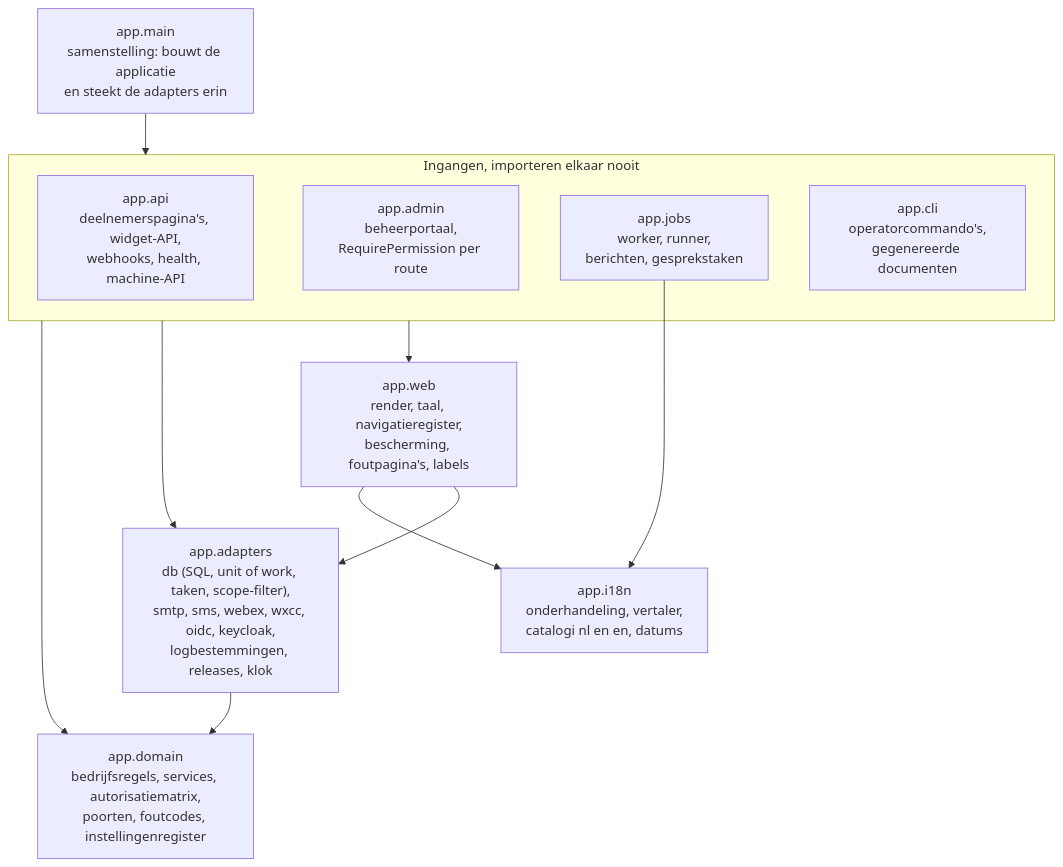
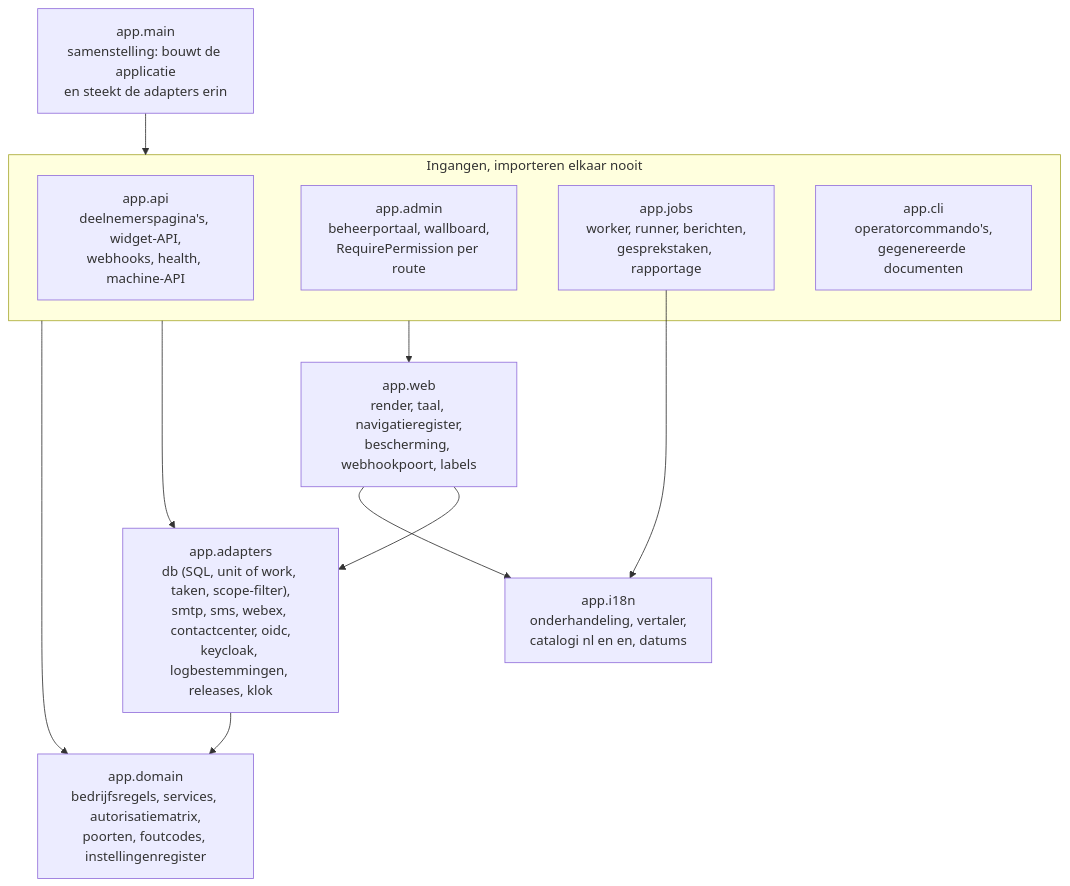
The third of 9 diagrams in docs/applicatie-architectuur.md (3Corners-Labs/OpenPlanner), drawn with Mermaid before and after one commit. The commit also changed other lines of this file, not shown here.

First line of the commit message:
docs: application architecture concept 2, with every flow and the hosting impact

````diff
--- a/docs/applicatie-architectuur.md
+++ b/docs/applicatie-architectuur.md
@@ -487,25 +586,25 @@
 ```mermaid
 flowchart TB
     main["app.main<br/>samenstelling: bouwt de applicatie<br/>en steekt de adapters erin"]
 
     subgraph ingangen [Ingangen, importeren elkaar nooit]
         api["app.api<br/>deelnemerspagina's, widget-API,<br/>webhooks, health, machine-API"]
-        admin["app.admin<br/>beheerportaal,<br/>RequirePermission per route"]
-        jobs["app.jobs<br/>worker, runner,<br/>berichten, gesprekstaken"]
+        admin["app.admin<br/>beheerportaal, wallboard,<br/>RequirePermission per route"]
+        jobs["app.jobs<br/>worker, runner, berichten,<br/>gesprekstaken, rapportage"]
         cli["app.cli<br/>operatorcommando's,<br/>gegenereerde documenten"]
     end
 
-    web["app.web<br/>render, taal, navigatieregister,<br/>bescherming, foutpagina's, labels"]
-    adapters["app.adapters<br/>db (SQL, unit of work, taken, scope-filter),<br/>smtp, sms, webex, wxcc, oidc, keycloak,<br/>logbestemmingen, releases, klok"]
+    web["app.web<br/>render, taal, navigatieregister,<br/>bescherming, webhookpoort, labels"]
+    adapters["app.adapters<br/>db (SQL, unit of work, taken, scope-filter),<br/>smtp, sms, webex, contactcenter, oidc,<br/>keycloak, logbestemmingen, releases, klok"]
     domain["app.domain<br/>bedrijfsregels, services, autorisatiematrix,<br/>poorten, foutcodes, instellingenregister"]
     i18n["app.i18n<br/>onderhandeling, vertaler,<br/>catalogi nl en en, datums"]
 
     main --> ingangen
     ingangen --> web
     ingangen --> adapters
     ingangen --> domain
     web --> adapters
     adapters --> domain
     web --> i18n
     jobs --> i18n
 ```
````
